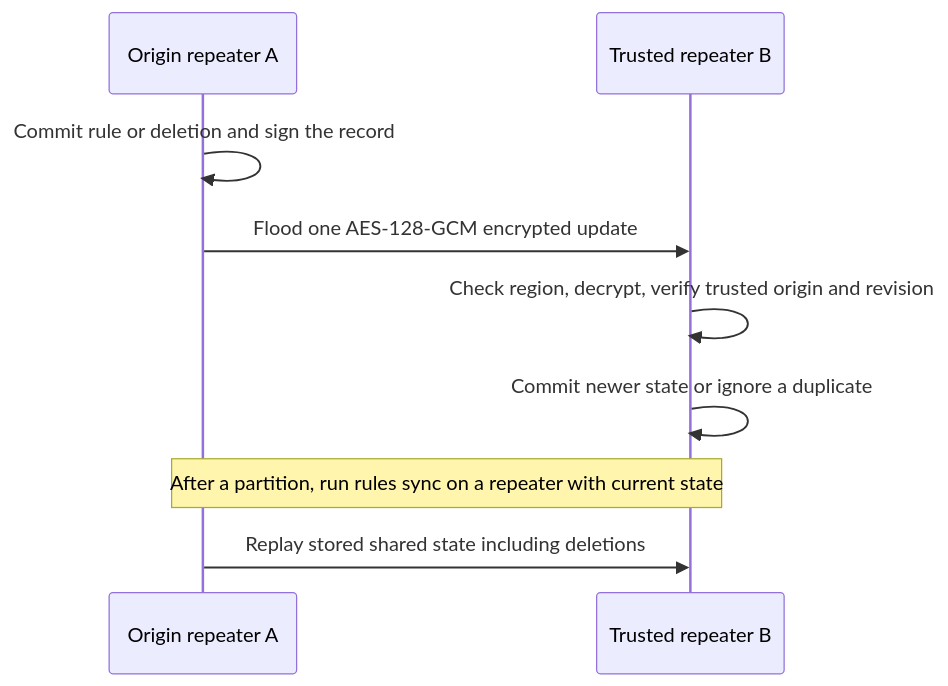
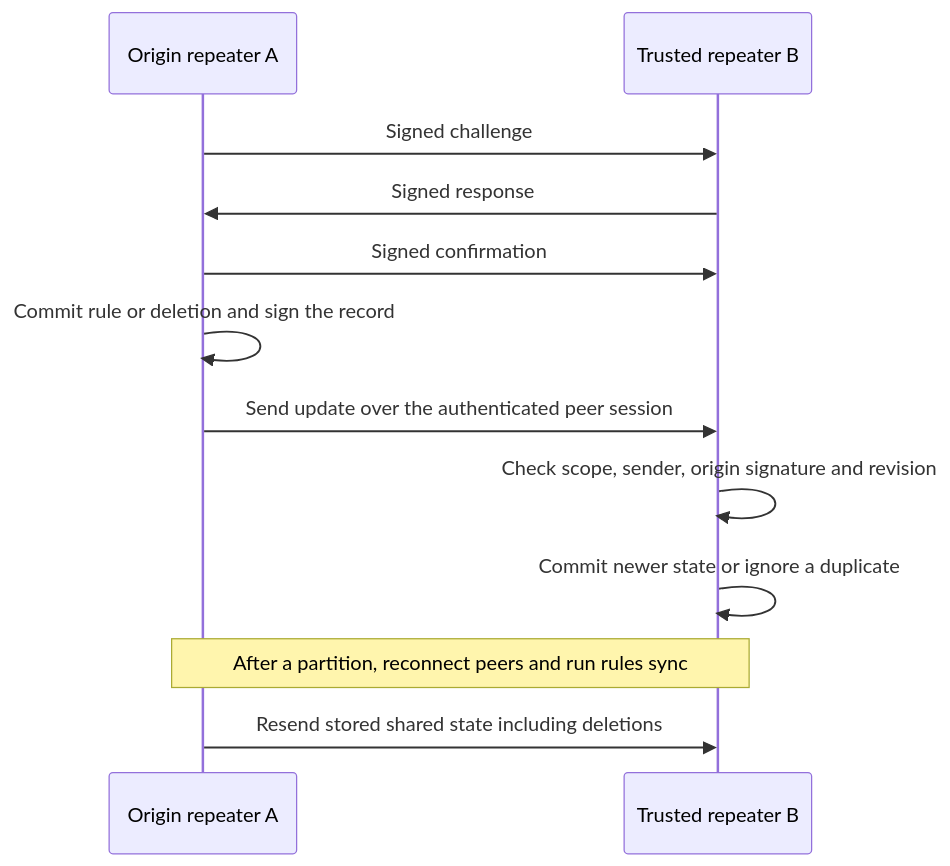
Before and after one commit to WarDaddyLT/MeshCore-Hardened: the fourth of 4 diagrams in README.md, drawn with Mermaid. The commit also changed other lines of this file and 10 other files, not shown here.

Commit message:
MSHCHRD-19 Authenticate peers before exchanging shared policy (#50)

````diff
--- a/README.md
+++ b/README.md
@@ -298,11 +300,14 @@
 ```mermaid
 sequenceDiagram
     participant A as Origin repeater A
     participant B as Trusted repeater B
+    A->>B: Signed challenge
+    B->>A: Signed response
+    A->>B: Signed confirmation
     A->>A: Commit rule or deletion and sign the record
-    A->>B: Flood one AES-128-GCM encrypted update
-    B->>B: Check region, decrypt, verify trusted origin and revision
+    A->>B: Send update over the authenticated peer session
+    B->>B: Check scope, sender, origin signature and revision
     B->>B: Commit newer state or ignore a duplicate
-    Note over A,B: After a partition, run rules sync on a repeater with current state
-    A->>B: Replay stored shared state including deletions
+    Note over A,B: After a partition, reconnect peers and run rules sync
+    A->>B: Resend stored shared state including deletions
 ```
````
